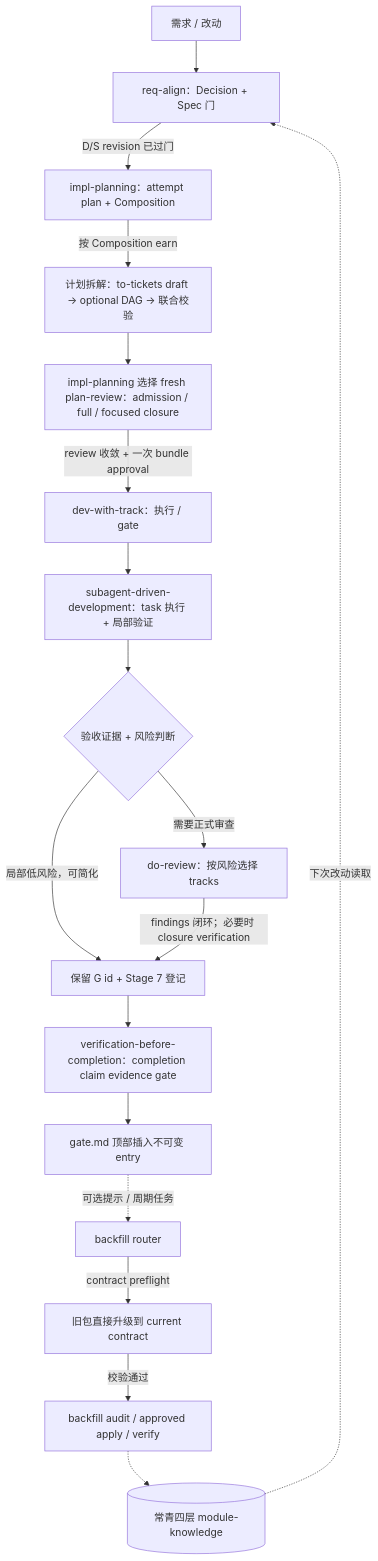
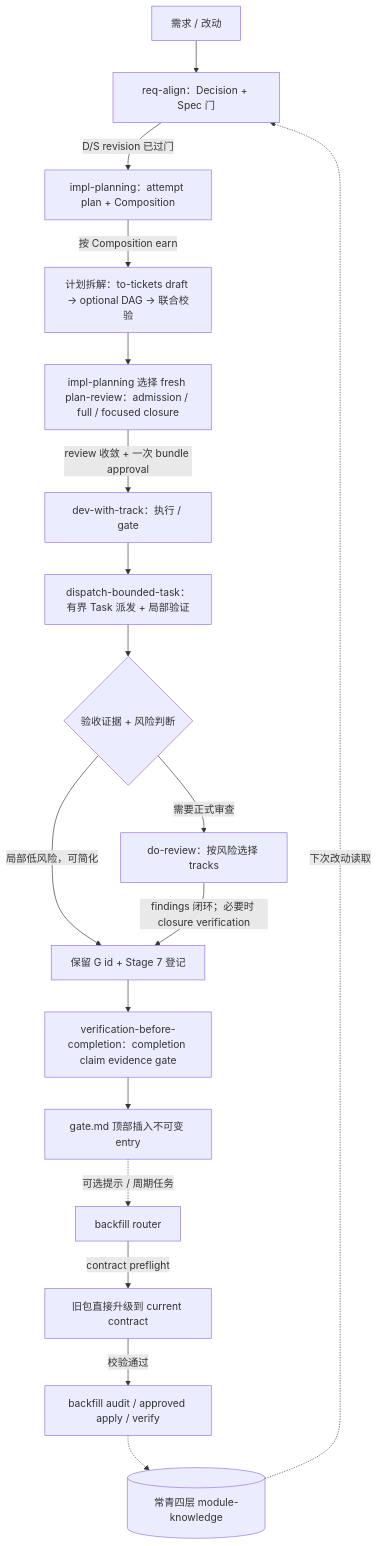
Before and after one commit to fangxiao-dev/agent-workbench: the diagram in skills/impl-package/SKILL.md, drawn with Mermaid. The commit also changed other lines of this file and 35 other files, not shown here.

First line of the commit message:
refactor(skills): streamline subagent and thread dispatch

````diff
--- a/skills/impl-package/SKILL.md
+++ b/skills/impl-package/SKILL.md
@@ -28,20 +28,20 @@
 ```mermaid
 flowchart TD
     Req[需求 / 改动] --> RA[req-align：Decision + Spec 门]
     RA -->|D/S revision 已过门| PL[impl-planning：attempt plan + Composition]
     PL -->|按 Composition earn| PD[计划拆解：to-tickets draft → optional DAG → 联合校验]
     PD --> PR[impl-planning 选择 fresh plan-review：admission / full / focused closure]
     PR -->|review 收敛 + 一次 bundle approval| EX[dev-with-track：执行 / gate]
-    EX --> SD[subagent-driven-development：task 执行 + 局部验证]
+    EX --> SD[dispatch-bounded-task：有界 Task 派发 + 局部验证]
     SD --> RV{验收证据 + 风险判断}
     RV -->|需要正式审查| DR[do-review：按风险选择 tracks]
     RV -->|局部低风险，可简化| CAP[保留 G id + Stage 7 登记]
     DR -->|findings 闭环；必要时 closure verification| CAP
     CAP --> VC[verification-before-completion：completion claim evidence gate]
     VC --> GT[gate.md 顶部插入不可变 entry]
     GT -. 可选提示 / 周期任务 .-> BF[backfill router]
     BF -->|contract preflight| UP[旧包直接升级到 current contract]
     UP -->|校验通过| BF2[backfill audit / approved apply / verify]
     BF2 -.-> EV[(常青四层 module-knowledge)]
     EV -. 下次改动读取 .-> RA
 ```
````
